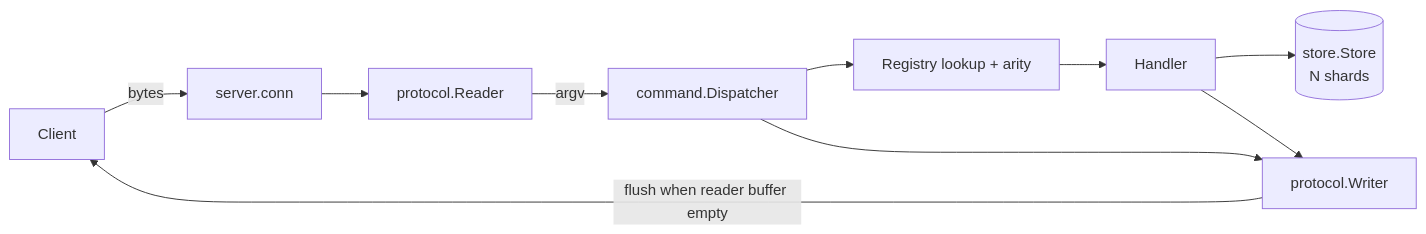
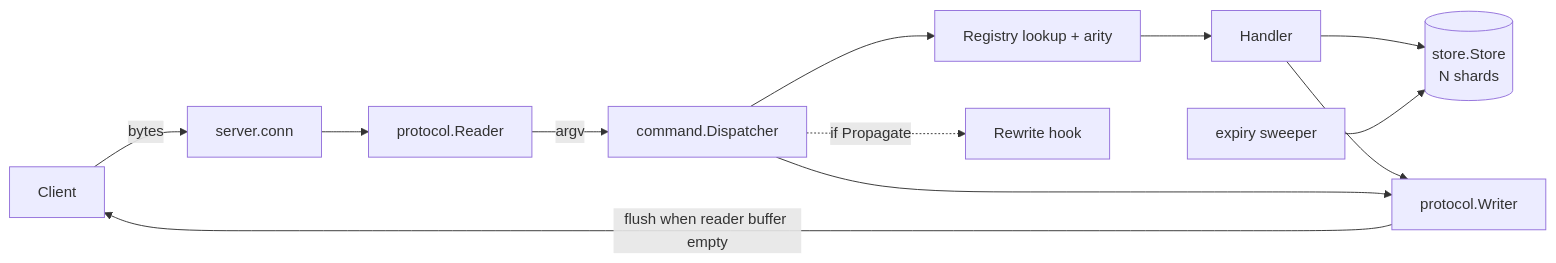
Before and after one commit to nima-ca/sylphy: the diagram in docs/ARCHITECTURE.md, drawn with Mermaid. The commit also changed other lines of this file and 15 other files, not shown here.

````diff
--- a/docs/ARCHITECTURE.md
+++ b/docs/ARCHITECTURE.md
@@ -17,12 +24,14 @@
 ```mermaid
 flowchart LR
     C[Client] -->|bytes| S[server.conn]
     S --> R[protocol.Reader]
     R -->|argv| D[command.Dispatcher]
     D --> Reg[Registry lookup + arity]
     Reg --> H[Handler]
     H --> St[(store.Store<br/>N shards)]
     H --> W[protocol.Writer]
     D --> W
+    D -.->|if Propagate| RW[Rewrite hook]
+    SW[expiry sweeper] --> St
     W -->|flush when reader buffer empty| C
 ```
````
